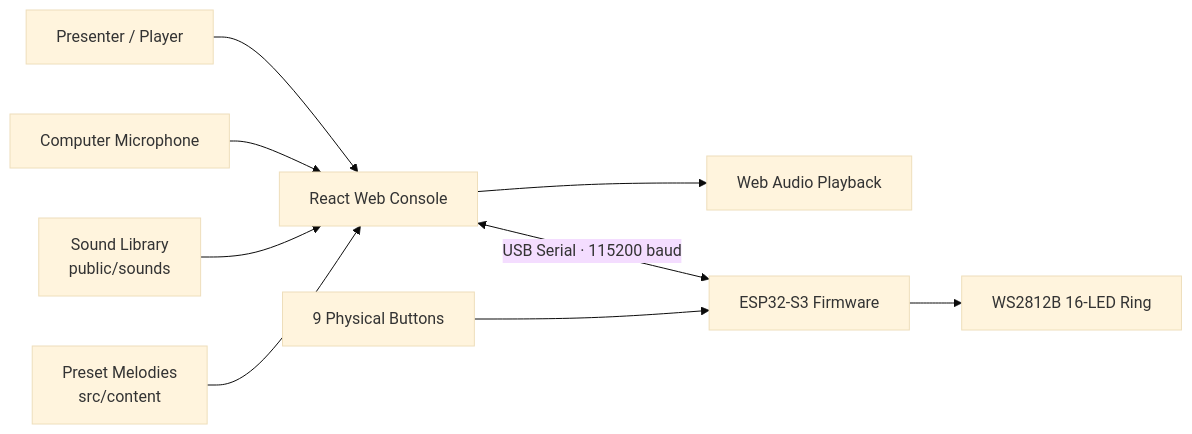
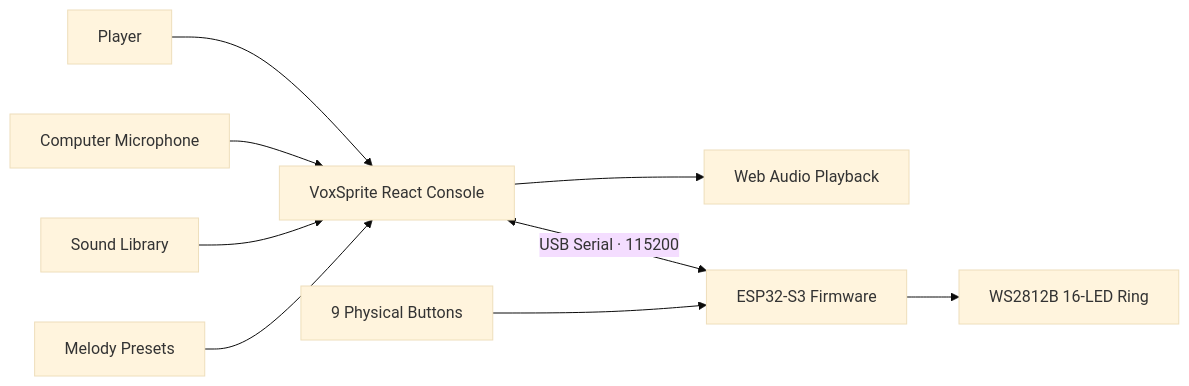
The diagram in README_EN.md (Jackey0903/AI-Builder), drawn with Mermaid (base theme) before and after one commit. The commit also changed other lines of this file and 8 other files, not shown here.

Commit message:
docs: rename project to VoxSprite

````diff
--- a/README_EN.md
+++ b/README_EN.md
@@ -98,11 +125,11 @@
 ```mermaid
 flowchart LR
-  Player["Presenter / Player"] --> UI["React Web Console"]
+  Player["Player"] --> UI["VoxSprite React Console"]
   Mic["Computer Microphone"] --> UI
-  Library["Sound Library<br/>public/sounds"] --> UI
-  Presets["Preset Melodies<br/>src/content"] --> UI
+  Library["Sound Library"] --> UI
+  Presets["Melody Presets"] --> UI
   UI --> Audio["Web Audio Playback"]
-  UI <-->|"USB Serial · 115200 baud"| ESP["ESP32-S3 Firmware"]
+  UI <-->|"USB Serial · 115200"| ESP["ESP32-S3 Firmware"]
   Buttons["9 Physical Buttons"] --> ESP
   ESP --> LED["WS2812B 16-LED Ring"]
 ```
````
